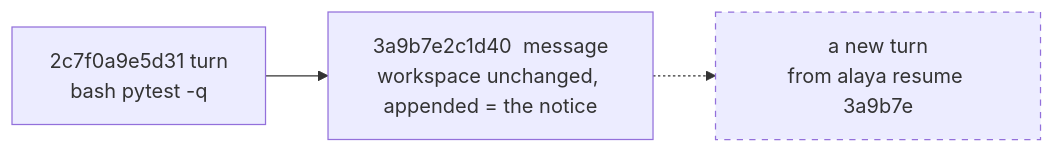
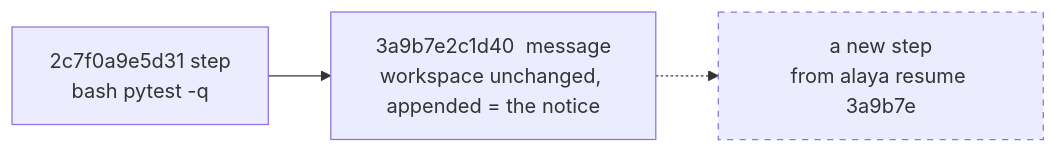
One commit to pku-xht/alaya changed the sixth of 9 diagrams in docs/trajectory-schema.md. Above: the diagram before and after it, drawn with Mermaid. The commit also changed other lines of this file and 48 other files, not shown here.

````diff
--- a/docs/trajectory-schema.md
+++ b/docs/trajectory-schema.md
@@ -286,7 +302,7 @@
 ```mermaid
 flowchart LR
-  t2["2c7f0a9e5d31  turn<br/>bash pytest -q"] --> m["3a9b7e2c1d40  message<br/>workspace unchanged, appended = the notice"]
-  m -.-> n["a new turn<br/>from alaya resume 3a9b7e"]
+  t2["2c7f0a9e5d31  step<br/>bash pytest -q"] --> m["3a9b7e2c1d40  message<br/>workspace unchanged, appended = the notice"]
+  m -.-> n["a new step<br/>from alaya resume 3a9b7e"]
   classDef new stroke-dasharray: 5 5
   class n new
 ```
````
